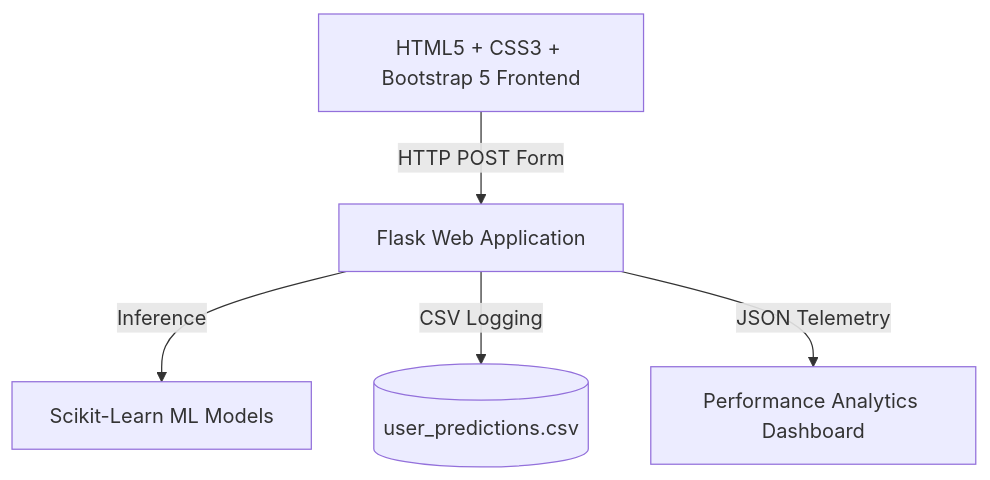
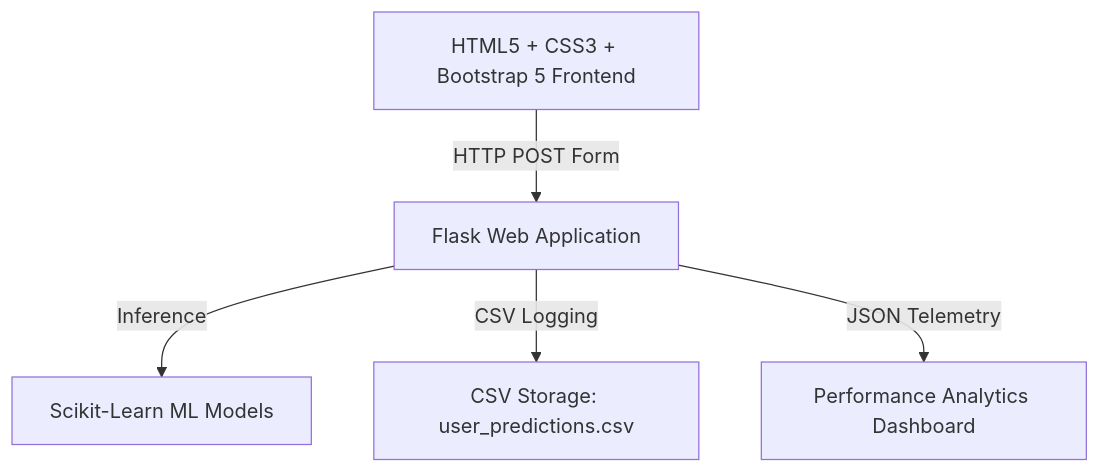
One commit to abhinandikolla/OptiCrop-Smart-Agricultural-Production-Optimization-Engine changed the diagram in README.md. Above: the diagram before and after it, drawn with Mermaid.

Commit message:
docs: simplify Mermaid diagram database node style

````diff
--- a/README.md
+++ b/README.md
@@ -11,7 +11,7 @@
 ```mermaid
 graph TD
     Client["HTML5 + CSS3 + Bootstrap 5 Frontend"] -->|HTTP POST Form| App["Flask Web Application"]
     App -->|Inference| Models["Scikit-Learn ML Models"]
-    App -->|CSV Logging| Storage[("user_predictions.csv")]
+    App -->|CSV Logging| Storage["CSV Storage: user_predictions.csv"]
     App -->|JSON Telemetry| Dashboard["Performance Analytics Dashboard"]
 ```
````
